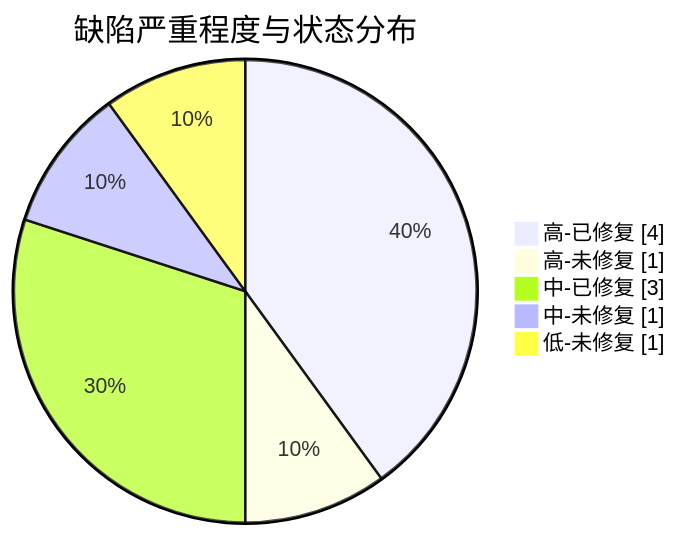
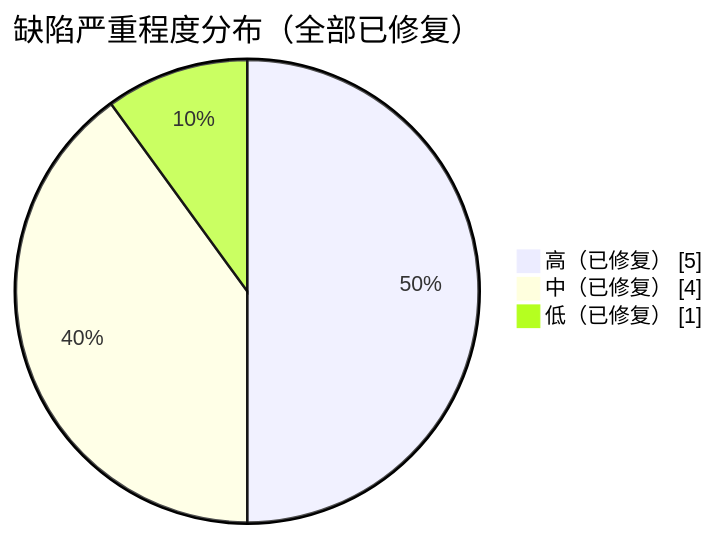
The fourth of 4 diagrams in docs/test/测试报告.md (FeiTwnd/lanchat), drawn with Mermaid before and after one commit. The commit also changed other lines of this file and 20 other files, not shown here.

````diff
--- a/docs/test/测试报告.md
+++ b/docs/test/测试报告.md
@@ -369,8 +406,6 @@
 ```mermaid
-pie showData title 缺陷严重程度与状态分布
-    "高-已修复" : 4
-    "高-未修复" : 1
-    "中-已修复" : 3
-    "中-未修复" : 1
-    "低-未修复" : 1
+pie showData title 缺陷严重程度分布（全部已修复）
+    "高（已修复）" : 5
+    "中（已修复）" : 4
+    "低（已修复）" : 1
 ```
````
